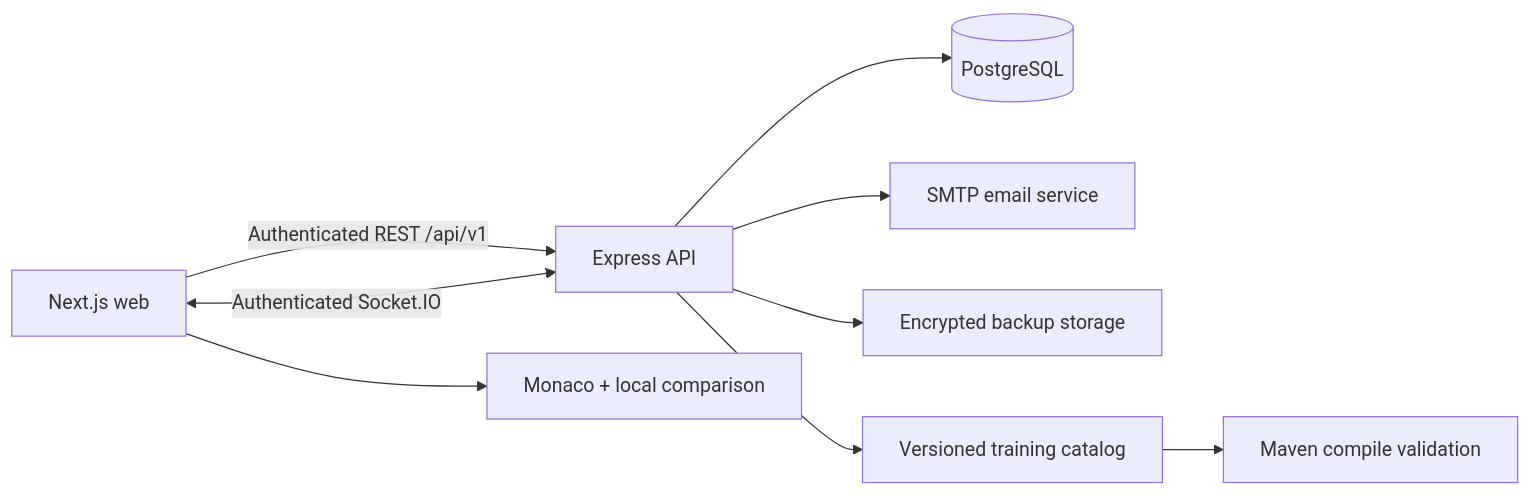
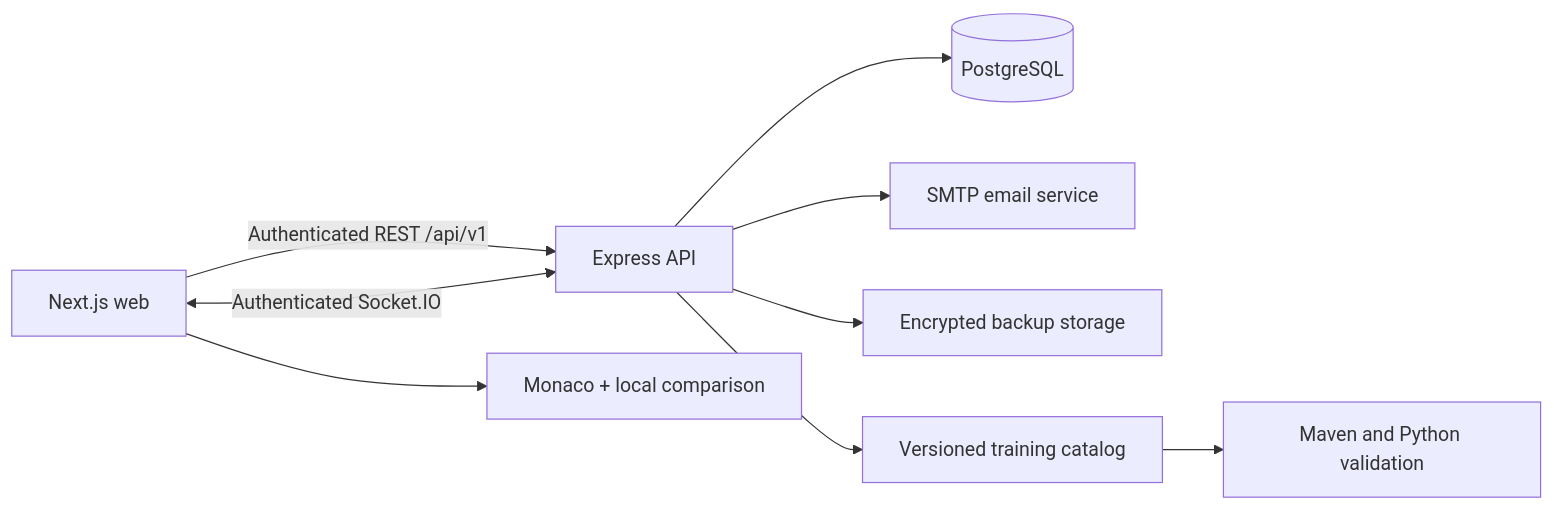
The diagram in README.md (muradiodev/codemuscle), drawn with Mermaid before and after one commit. The commit also changed other lines of this file and 144 other files, not shown here.

````diff
--- a/README.md
+++ b/README.md
@@ -21,11 +21,11 @@
 ```mermaid
 flowchart LR
   B[Next.js web] -->|Authenticated REST /api/v1| A[Express API]
   B <-->|Authenticated Socket.IO| A
   A --> P[(PostgreSQL)]
   A --> E[SMTP email service]
   A --> K[Encrypted backup storage]
   A --> C[Versioned training catalog]
   B --> M[Monaco + local comparison]
-  C --> V[Maven compile validation]
+  C --> V[Maven and Python validation]
 ```
````
